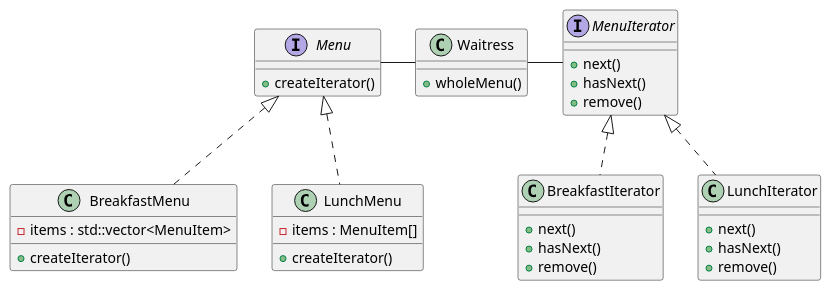
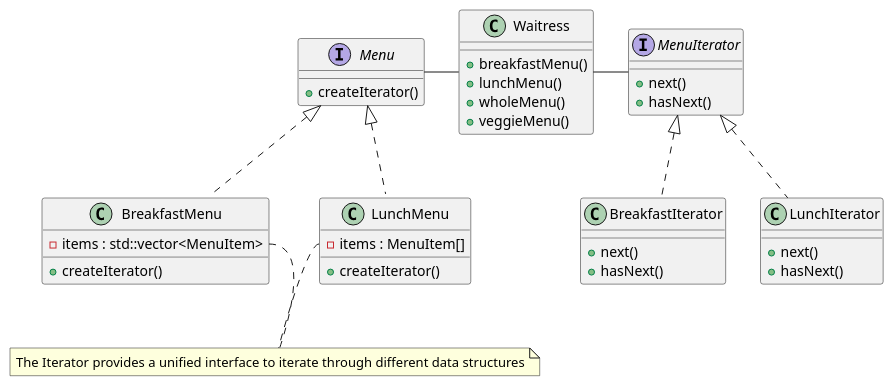
One commit to alesgenova/design-patterns changed the diagram in 09_iterator_pattern/README.md. Above: the diagram before and after it, drawn with PlantUML. The commit also changed 7 other files, not shown here.

````diff
--- a/09_iterator_pattern/README.md
+++ b/09_iterator_pattern/README.md
@@ -8,56 +8,61 @@
 ```plantuml
 @startuml
 
 
 Interface Menu{
   + createIterator()
 }
 
 Class BreakfastMenu{
   + createIterator()
   - items : std::vector<MenuItem>
 }
 
 Class LunchMenu{
   + createIterator()
   - items : MenuItem[]
 }
 
 
 Interface MenuIterator{
   + next()
   + hasNext()
-  + remove()
 }
 
 Class BreakfastIterator{
   + next()
   + hasNext()
-  + remove()
 }
 
 Class LunchIterator{
   + next()
   + hasNext()
-  + remove()
 }
 
 
 Class Waitress{
+  + breakfastMenu()
+  + lunchMenu()
   + wholeMenu()
+  + veggieMenu()
 }
 
 
 Menu -right- Waitress
 Waitress -right- MenuIterator
 
 
 Menu <|..  BreakfastMenu 
 Menu <|..  LunchMenu
 
 MenuIterator <|..  BreakfastIterator 
 MenuIterator <|..  LunchIterator
 
 
+note "The Iterator provides a unified interface to iterate through different data structures" as N0
+BreakfastMenu::items .. N0
+LunchMenu::items .. N0
+
+
 @enduml
 ```
````
